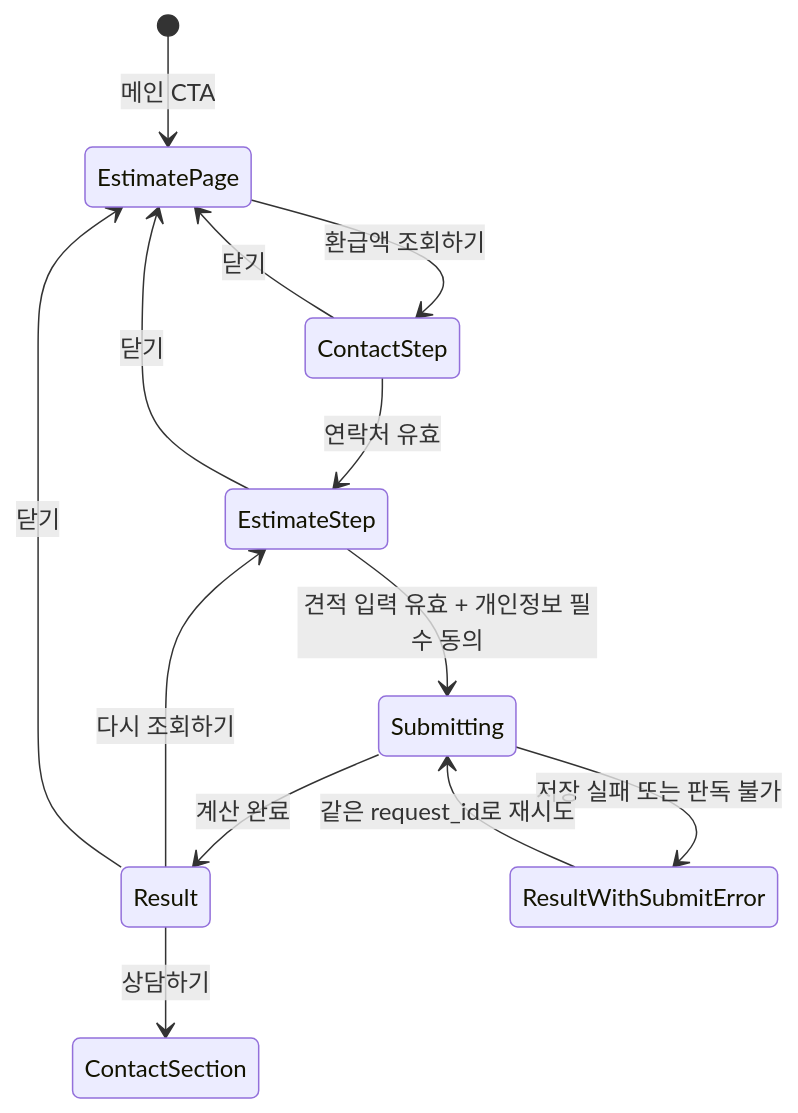
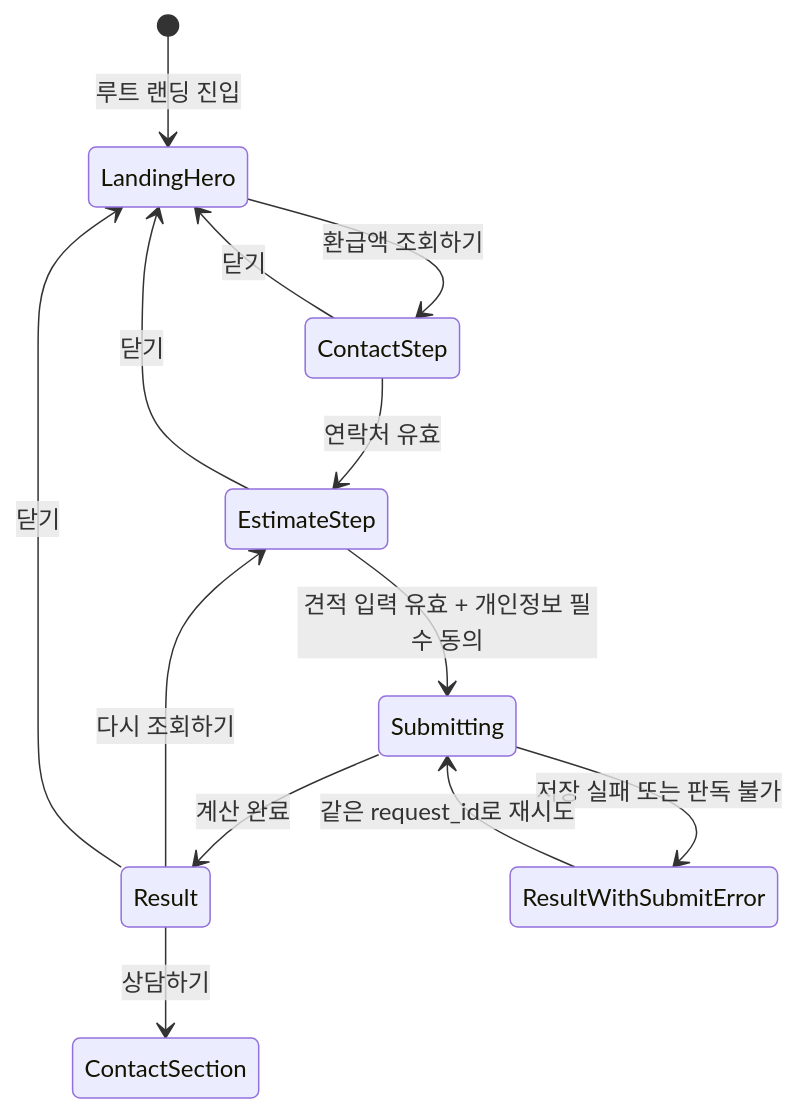
Before and after one commit to leekwansootv-creator/4refund: the first of 2 diagrams in docs/planning/quick-estimate-ui-design-plan.md, drawn with Mermaid. The commit also changed other lines of this file and 4 other files, not shown here.

````diff
--- a/docs/planning/quick-estimate-ui-design-plan.md
+++ b/docs/planning/quick-estimate-ui-design-plan.md
@@ -87,15 +92,15 @@
 ```mermaid
 stateDiagram-v2
-    [*] --> EstimatePage: 메인 CTA
-    EstimatePage --> ContactStep: 환급액 조회하기
+    [*] --> LandingHero: 루트 랜딩 진입
+    LandingHero --> ContactStep: 환급액 조회하기
     ContactStep --> EstimateStep: 연락처 유효
     EstimateStep --> Submitting: 견적 입력 유효 + 개인정보 필수 동의
     Submitting --> Result: 계산 완료
     Submitting --> ResultWithSubmitError: 저장 실패 또는 판독 불가
     ResultWithSubmitError --> Submitting: 같은 request_id로 재시도
     Result --> EstimateStep: 다시 조회하기
     Result --> ContactSection: 상담하기
-    ContactStep --> EstimatePage: 닫기
-    EstimateStep --> EstimatePage: 닫기
-    Result --> EstimatePage: 닫기
+    ContactStep --> LandingHero: 닫기
+    EstimateStep --> LandingHero: 닫기
+    Result --> LandingHero: 닫기
 ```
````
